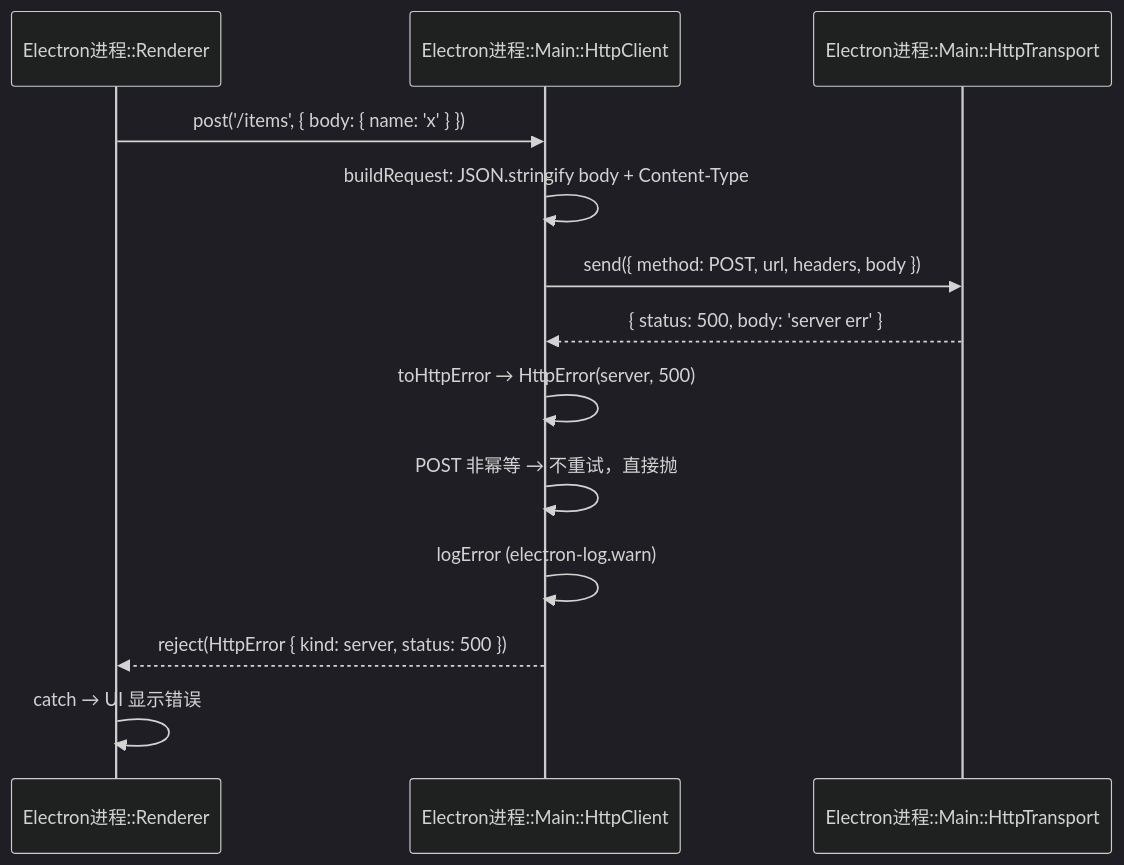
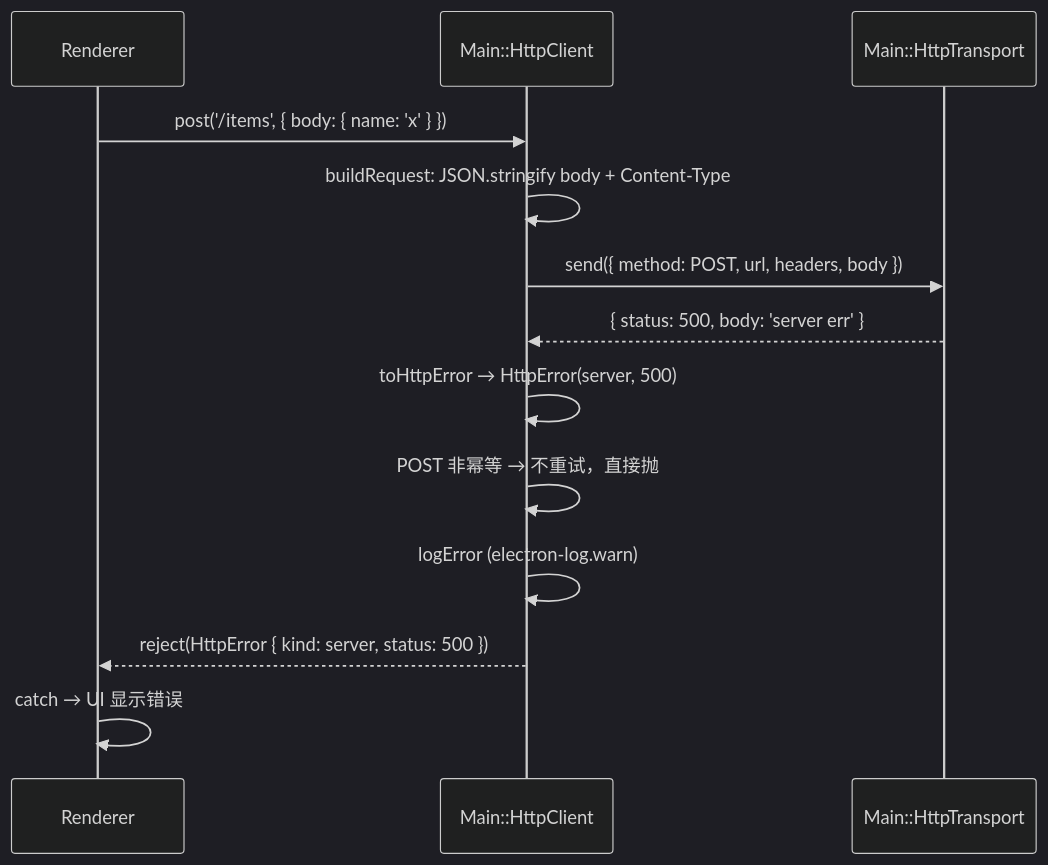
Before and after one commit to lupnfer/vue_with_csdk: diagram 11 of 12 in docs/architecture-diagrams.md, drawn with Mermaid (dark theme). The commit also changed other lines of this file, not shown here.

First line of the commit message:
docs: 时序图 participant 改为进程名::模块名格式

````diff
--- a/docs/architecture-diagrams.md
+++ b/docs/architecture-diagrams.md
@@ -539,16 +539,16 @@
 ```mermaid
 sequenceDiagram
-    participant R as Electron进程::Renderer
-    participant H as Electron进程::Main::HttpClient
-    participant T as Electron进程::Main::HttpTransport
+    participant R as Renderer
+    participant H as Main::HttpClient
+    participant T as Main::HttpTransport
 
     R->>H: post('/items', { body: { name: 'x' } })
     H->>H: buildRequest: JSON.stringify body + Content-Type
     H->>T: send({ method: POST, url, headers, body })
     T-->>H: { status: 500, body: 'server err' }
     H->>H: toHttpError → HttpError(server, 500)
     H->>H: POST 非幂等 → 不重试，直接抛
     H->>H: logError (electron-log.warn)
     H-->>R: reject(HttpError { kind: server, status: 500 })
     R->>R: catch → UI 显示错误
 ```
````
